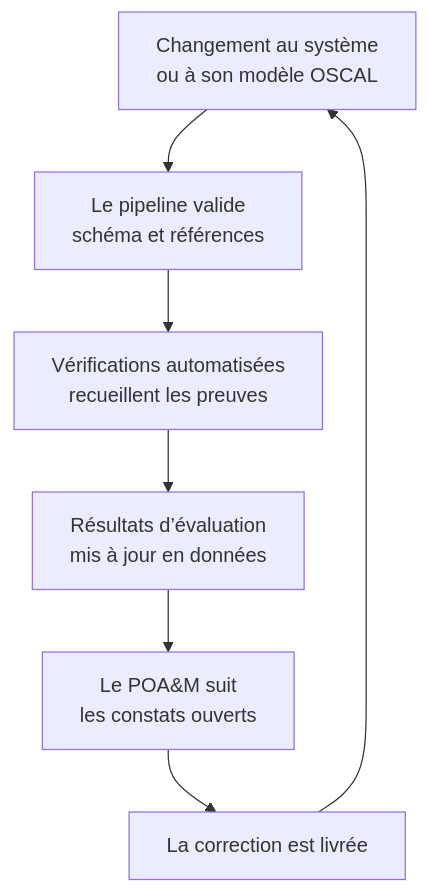
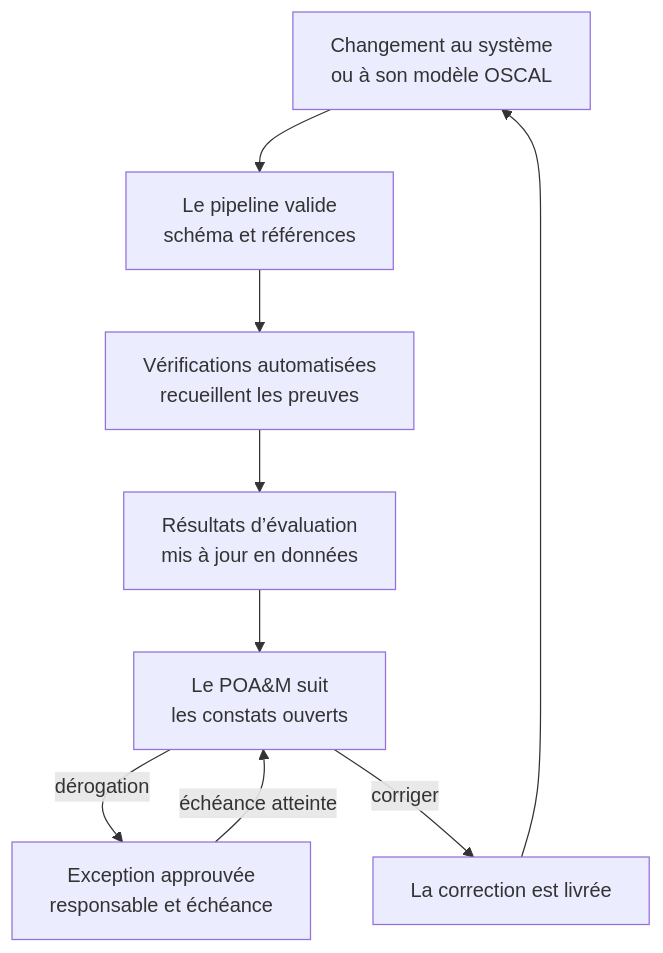
The diagram in diagrams/continuous-assurance.fr.mmd (CodaConAI/codaconai.github.io), drawn with Mermaid before and after one commit. The commit also changed 6 other files, not shown here.

```diff
--- a/diagrams/continuous-assurance.fr.mmd
+++ b/diagrams/continuous-assurance.fr.mmd
@@ -1,7 +1,9 @@
 flowchart TB
   CH["Changement au système<br/>ou à son modèle OSCAL"] --> VAL["Le pipeline valide<br/>schéma et références"]
   VAL --> EV["Vérifications automatisées<br/>recueillent les preuves"]
   EV --> AR["Résultats d’évaluation<br/>mis à jour en données"]
   AR --> PO["Le POA&M suit<br/>les constats ouverts"]
-  PO --> FIX["La correction est livrée"]
+  PO -- dérogation --> EXC["Exception approuvée<br/>responsable et échéance"]
+  PO -- corriger --> FIX["La correction est livrée"]
   FIX --> CH
+  EXC -- échéance atteinte --> PO
```
